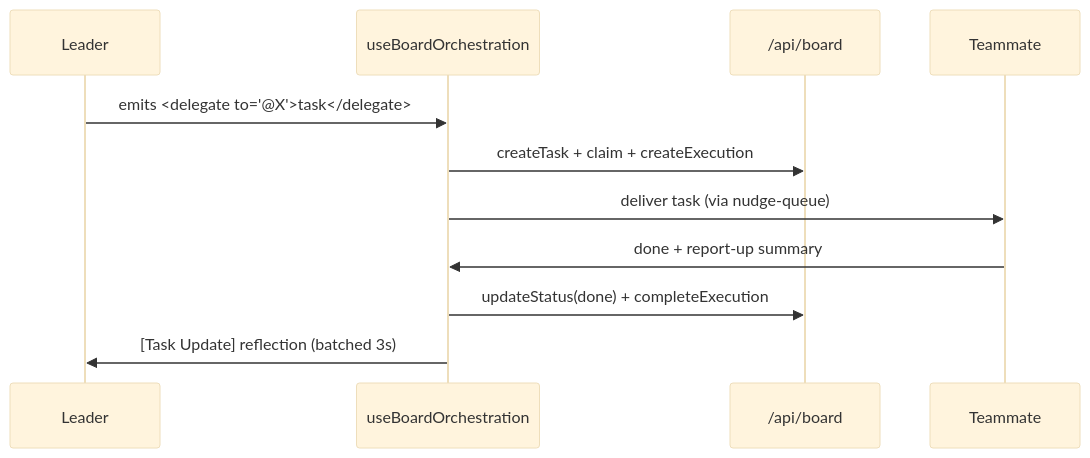
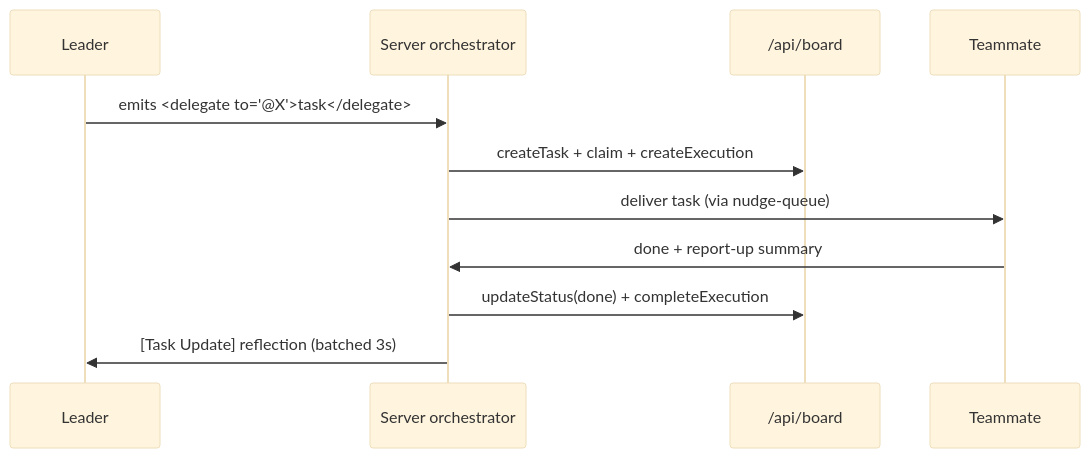
Before and after one commit to clawboo/clawboo: the second of 2 diagrams in docs/using/group-chat.md, drawn with Mermaid (base theme). The commit also changed other lines of this file and 427 other files, not shown here.

First line of the commit message:
feat(native): introduce native-first orchestration, onboarding, and web platform flows (#48)

````diff
--- a/docs/using/group-chat.md
+++ b/docs/using/group-chat.md
@@ -84,13 +81,13 @@
 ```mermaid
 sequenceDiagram
   participant Leader
-  participant Engine as useBoardOrchestration
+  participant Engine as Server orchestrator
   participant Board as /api/board
   participant Child as Teammate
   Leader->>Engine: emits <delegate to="@X">task</delegate>
   Engine->>Board: createTask + claim + createExecution
   Engine->>Child: deliver task (via nudge-queue)
   Child->>Engine: done + report-up summary
   Engine->>Board: updateStatus(done) + completeExecution
   Engine->>Leader: [Task Update] reflection (batched 3s)
 ```
````
